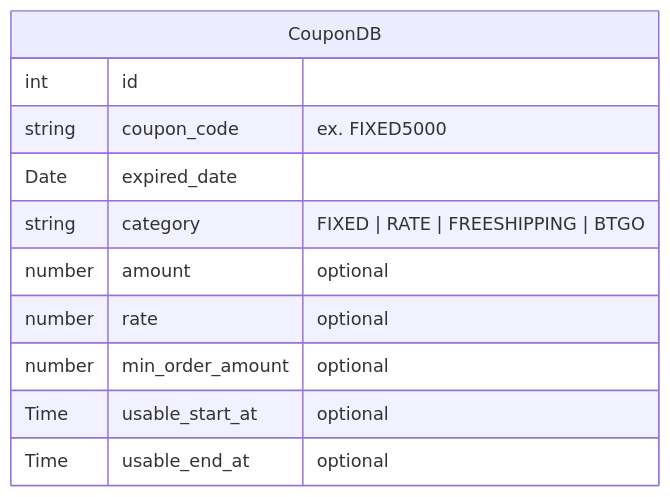
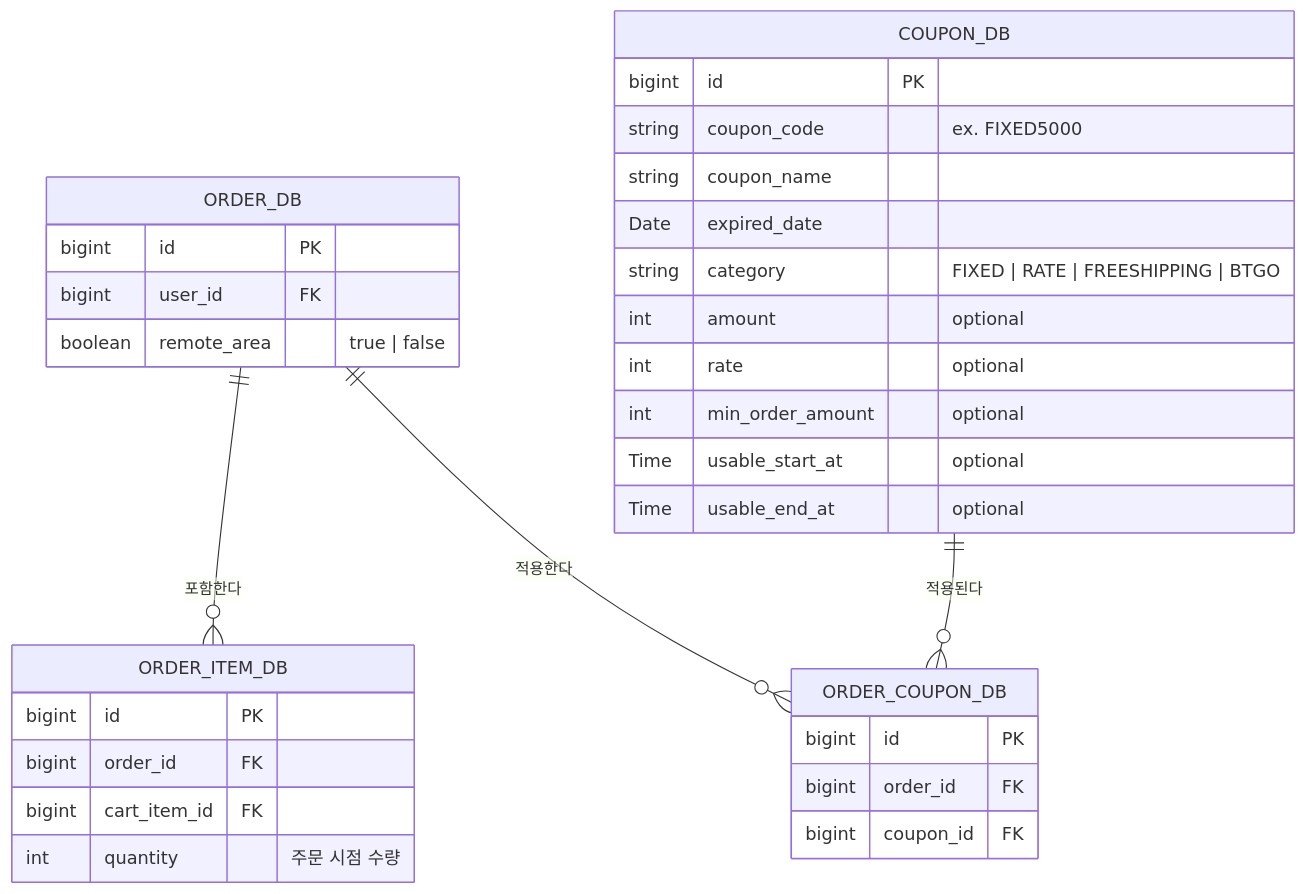
The diagram in step3_architecture.md (inaemin/shopping-cart-full-stack), drawn with Mermaid before and after one commit. The commit also changed other lines of this file, not shown here.

````diff
--- a/step3_architecture.md
+++ b/step3_architecture.md
@@ -53,14 +45,38 @@
 ```mermaid
 erDiagram
-    CouponDB {
-        int id
+    ORDER_DB {
+        bigint id PK
+        bigint user_id FK
+        boolean remote_area "true | false"
+    }
+
+    ORDER_ITEM_DB {
+        bigint id PK
+        bigint order_id FK
+        bigint cart_item_id FK
+        int quantity "주문 시점 수량"
+    }
+
+    ORDER_COUPON_DB {
+        bigint id PK
+        bigint order_id FK
+        bigint coupon_id FK
+    }
+
+    COUPON_DB {
+        bigint id PK
         string coupon_code "ex. FIXED5000"
+        string coupon_name
         Date expired_date
         string category "FIXED | RATE | FREESHIPPING | BTGO"
-        number amount "optional"
-        number rate "optional"
-        number min_order_amount "optional"
+        int amount "optional"
+        int rate "optional"
+        int min_order_amount "optional"
         Time usable_start_at "optional"
         Time usable_end_at "optional"
     }
+
+    ORDER_DB ||--o{ ORDER_ITEM_DB : "포함한다"
+    ORDER_DB ||--o{ ORDER_COUPON_DB : "적용한다"
+    COUPON_DB ||--o{ ORDER_COUPON_DB : "적용된다"
 ```
````
